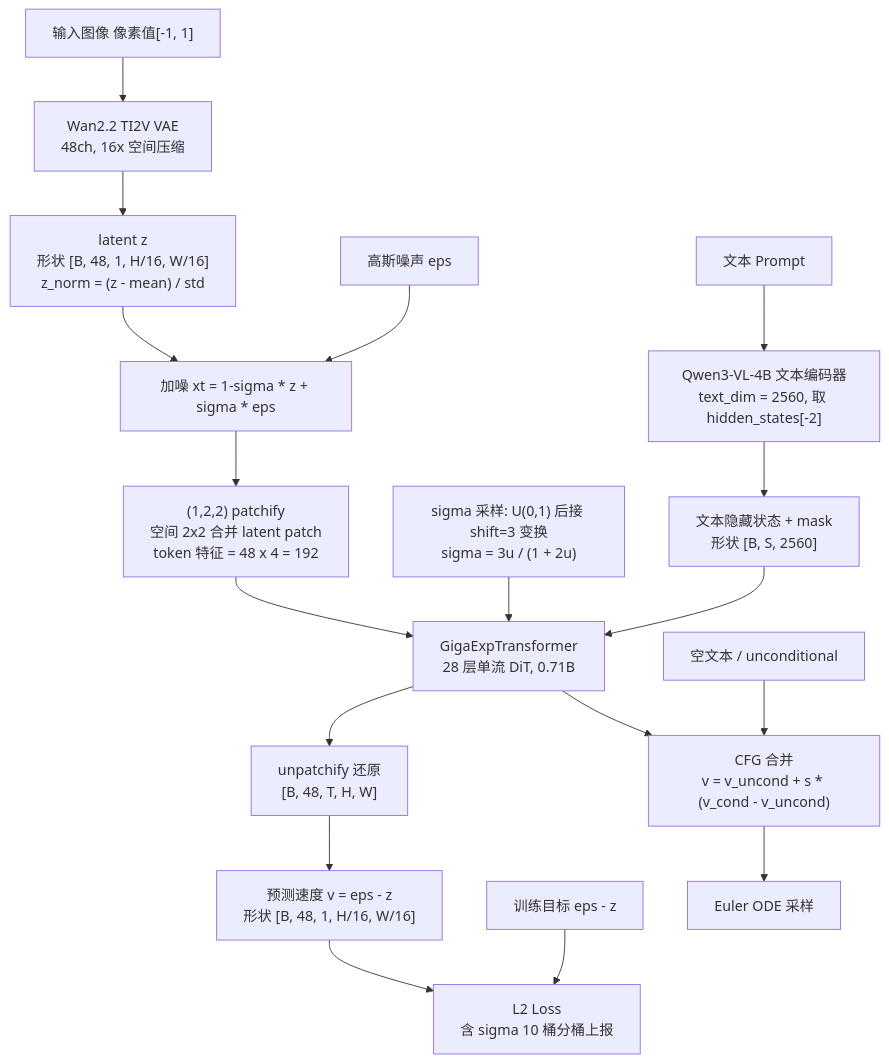
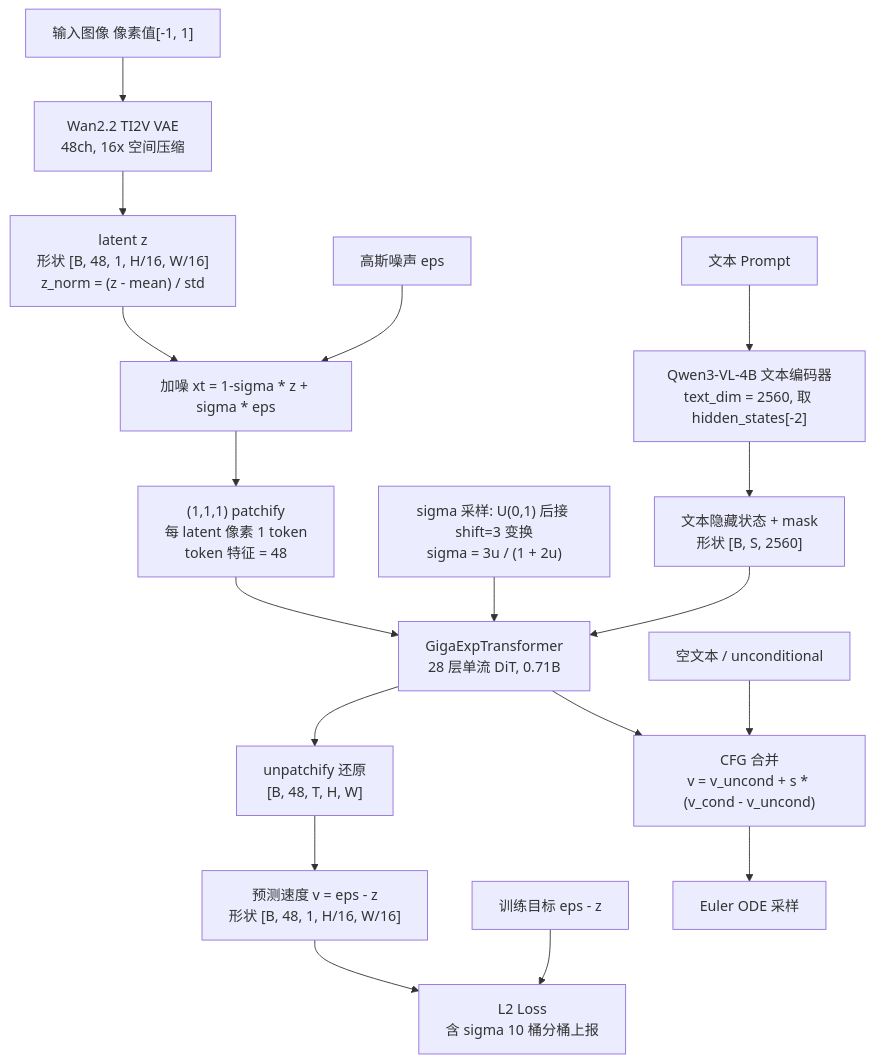
The first of 3 diagrams in docs/giga_exp_architecture.md (Yvonne-OH/OpenUniDit), drawn with Mermaid before and after one commit. The commit also changed other lines of this file and 4 other files, not shown here.

````diff
--- a/docs/giga_exp_architecture.md
+++ b/docs/giga_exp_architecture.md
@@ -11,20 +13,20 @@
 ```mermaid
 flowchart TB
     IMG["输入图像 像素值[-1, 1]"] --> VAE["Wan2.2 TI2V VAE<br/>48ch, 16x 空间压缩"]
     VAE --> Z["latent z<br/>形状 [B, 48, 1, H/16, W/16]<br/>z_norm = (z - mean) / std"]
     Z --> XT["加噪 xt = 1-sigma * z + sigma * eps"]
     NOISE["高斯噪声 eps"] --> XT
     P["文本 Prompt"] --> TE["Qwen3-VL-4B 文本编码器<br/>text_dim = 2560, 取 hidden_states[-2]"]
     TE --> TXT["文本隐藏状态 + mask<br/>形状 [B, S, 2560]"]
     SIGMA["sigma 采样: U(0,1) 后接 shift=3 变换<br/>sigma = 3u / (1 + 2u)"] --> DIT
-    XT --> PATCH["(1,2,2) patchify<br/>空间 2x2 合并 latent patch<br/>token 特征 = 48 x 4 = 192"]
+    XT --> PATCH["(1,1,1) patchify<br/>每 latent 像素 1 token<br/>token 特征 = 48"]
     PATCH --> DIT["GigaExpTransformer<br/>28 层单流 DiT, 0.71B"]
     TXT --> DIT
     DIT --> UNPATCH["unpatchify 还原<br/>[B, 48, T, H, W]"]
     UNPATCH --> V_PRED["预测速度 v = eps - z<br/>形状 [B, 48, 1, H/16, W/16]"]
     TARGET["训练目标 eps - z"] --> LOSS["L2 Loss<br/>含 sigma 10 桶分桶上报"]
     V_PRED --> LOSS
     NEG["空文本 / unconditional"] --> CFG["CFG 合并<br/>v = v_uncond + s * (v_cond - v_uncond)"]
     DIT --> CFG
     CFG --> SAMPLE["Euler ODE 采样"]
 ```
````
